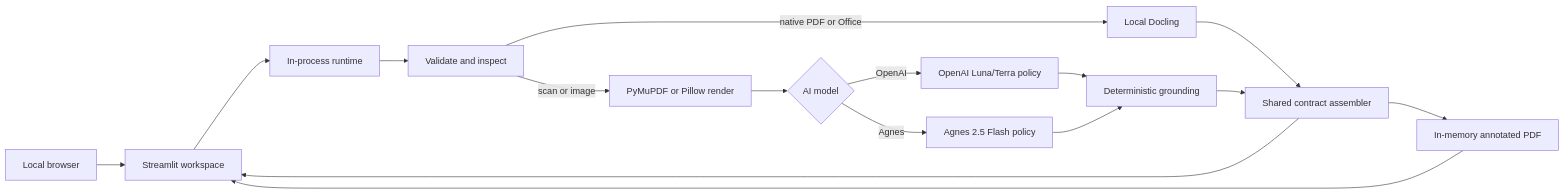
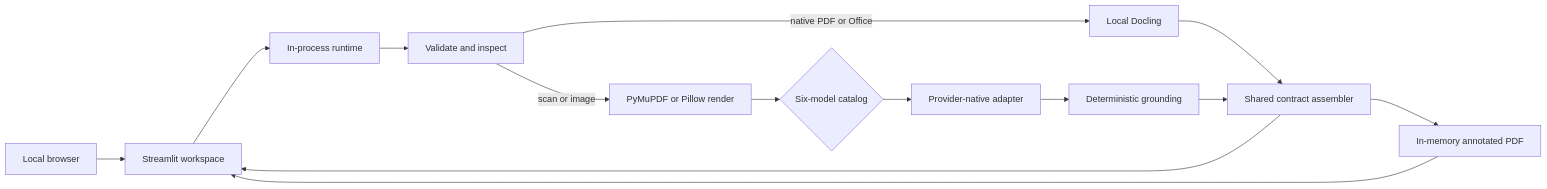
One commit to pypi-ahmad/Agentic-Document-Extraction changed the diagram in docs/ARCHITECTURE.md. Above: the diagram before and after it, drawn with Mermaid. The commit also changed other lines of this file and 63 other files, not shown here.

````diff
--- a/docs/ARCHITECTURE.md
+++ b/docs/ARCHITECTURE.md
@@ -7,18 +7,16 @@
 ```mermaid
 flowchart LR
     User[Local browser] --> UI[Streamlit workspace]
     UI --> Runtime[In-process runtime]
     Runtime --> Inspect[Validate and inspect]
     Inspect -->|native PDF or Office| Docling[Local Docling]
     Inspect -->|scan or image| Render[PyMuPDF or Pillow render]
-    Render --> Choice{AI model}
-    Choice -->|OpenAI| OpenAI[OpenAI Luna/Terra policy]
-    Choice -->|Agnes| Agnes[Agnes 2.5 Flash policy]
-    OpenAI --> Ground[Deterministic grounding]
-    Agnes --> Ground
+    Render --> Catalog{Six-model catalog}
+    Catalog --> Adapter[Provider-native adapter]
+    Adapter --> Ground[Deterministic grounding]
     Docling --> Assemble[Shared contract assembler]
     Ground --> Assemble
     Assemble --> Evidence[In-memory annotated PDF]
     Assemble --> UI
     Evidence --> UI
 ```
````
